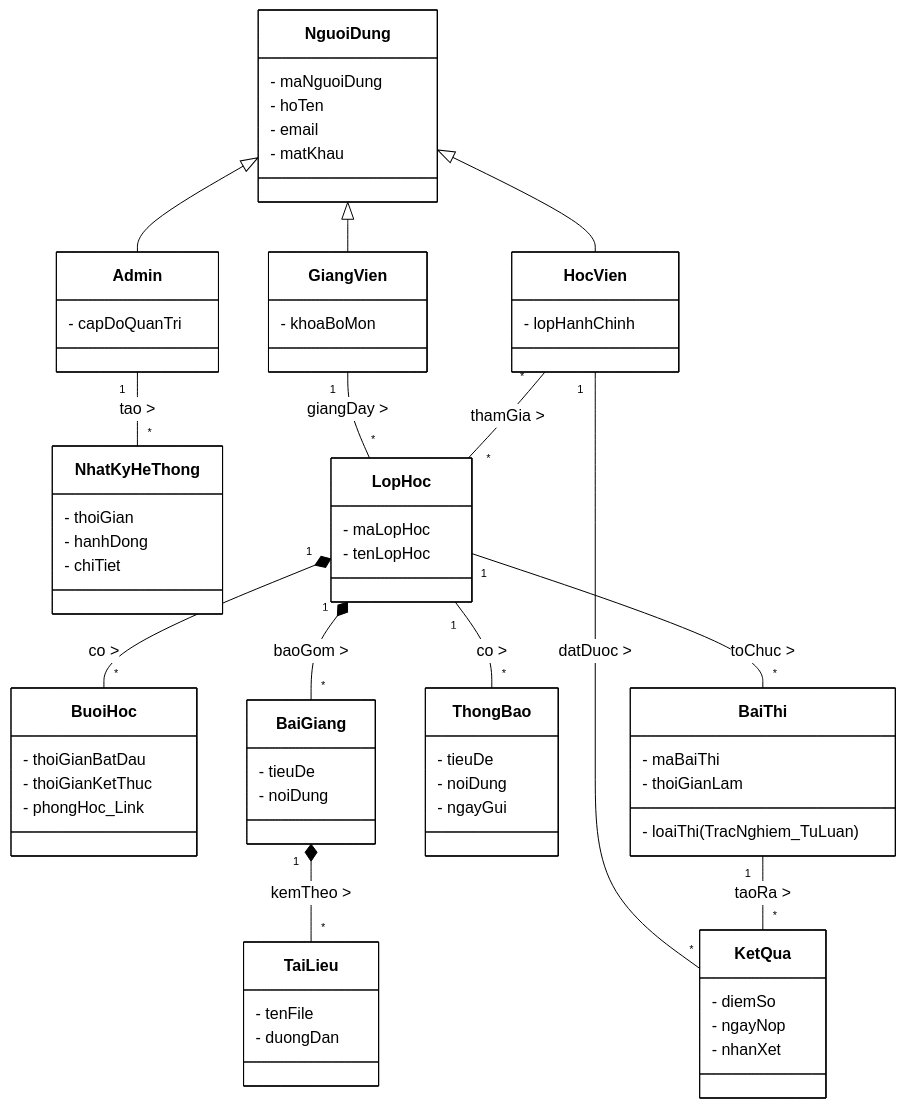
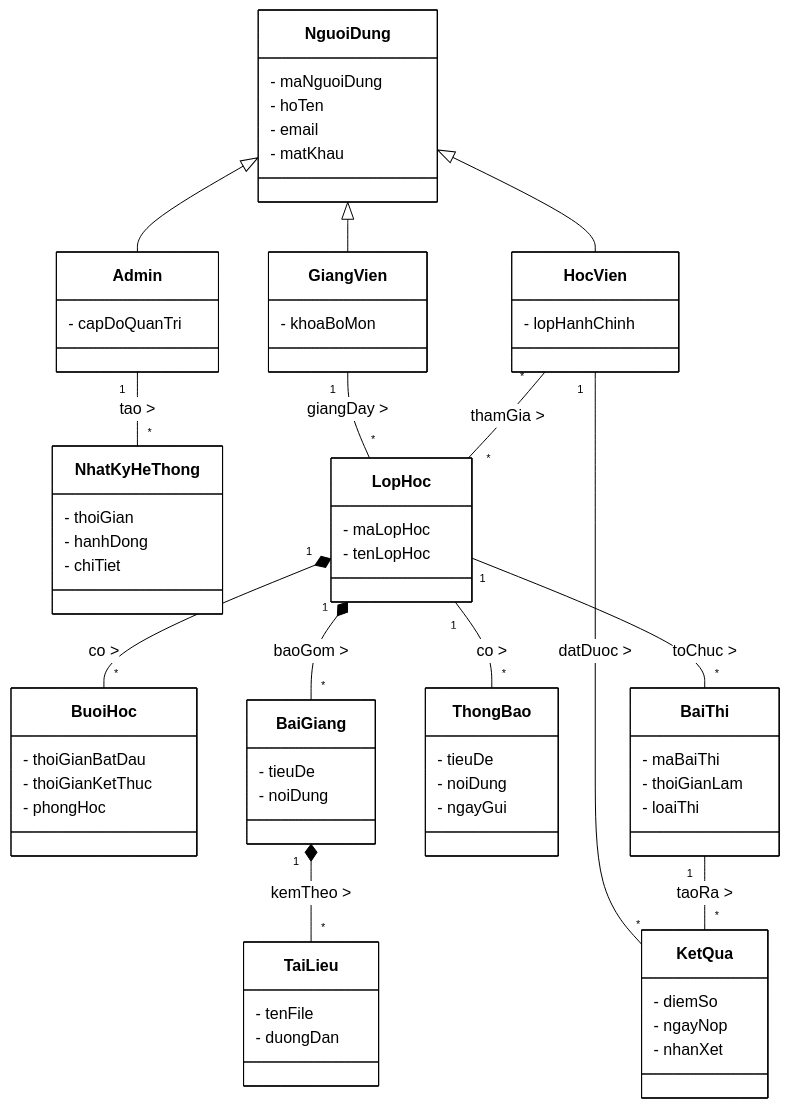
One commit to NguyenViet-281205/PTTKHT changed the diagram in MohinhMien.md. Above: the diagram before and after it, drawn with Mermaid.

````diff
--- a/MohinhMien.md
+++ b/MohinhMien.md
@@ -1,81 +1,81 @@
 ```mermaid
 %%{init: { 'theme': 'base', 'themeVariables': { 'primaryColor': '#ffffff', 'primaryBorderColor': '#000000', 'lineColor': '#000000', 'textColor': '#000000', 'actorBkg': '#ffffff', 'actorBorder': '#000000', 'actorLineColor': '#cccccc', 'signalColor': '#000000', 'signalTextColor': '#000000', 'activationBorderColor': '#000000', 'activationBkgColor': '#e0e0e0', 'noteBkgColor': '#ffffff', 'noteBorderColor': '#000000' } } }%%
 classDiagram
-    %% --- NHÓM NGƯỜI DÙNG (Use Case: Đăng nhập, Quản lý hệ thống) ---
+    %% --- NHÓM NGƯỜI DÙNG ---
     class NguoiDung {
         - maNguoiDung
         - hoTen
         - email
         - matKhau
     }
     class HocVien {
         - lopHanhChinh
     }
     class GiangVien {
         - khoaBoMon
     }
     class Admin {
         - capDoQuanTri
     }
     class NhatKyHeThong {
         - thoiGian
         - hanhDong
         - chiTiet
     }
 
-    %% --- NHÓM ĐÀO TẠO (Use Case: Xem bài giảng, Quản lý lớp học, Thời khóa biểu) ---
+    %% --- NHÓM TỔ CHỨC ĐÀO TẠO ---
     class LopHoc {
         - maLopHoc
         - tenLopHoc
     }
     class BuoiHoc {
         - thoiGianBatDau
         - thoiGianKetThuc
-        - phongHoc_Link
+        - phongHoc
     }
     class BaiGiang {
         - tieuDe
         - noiDung
     }
     class TaiLieu {
         - tenFile
         - duongDan
     }
     class ThongBao {
         - tieuDe
         - noiDung
         - ngayGui
     }
 
-    %% --- NHÓM ĐÁNH GIÁ (Use Case: Thi, Quản lý tiến độ) ---
+    %% --- NHÓM ĐÁNH GIÁ & THI CỬ ---
     class BaiThi {
         - maBaiThi
         - thoiGianLam
-        - loaiThi (TracNghiem_TuLuan)
+        - loaiThi
     }
     class KetQua {
         - diemSo
         - ngayNop
         - nhanXet
     }
 
-    %% --- QUAN HỆ ---
+    %% --- CÁC MỐI QUAN HỆ ---
     NguoiDung <|-- HocVien
     NguoiDung <|-- GiangVien
     NguoiDung <|-- Admin
     
     Admin "1" -- "*" NhatKyHeThong : tao >
 
     GiangVien "1" -- "*" LopHoc : giangDay >
     HocVien "*" -- "*" LopHoc : thamGia >
     
     LopHoc "1" *-- "*" BuoiHoc : co >
     LopHoc "1" *-- "*" BaiGiang : baoGom >
     LopHoc "1" -- "*" BaiThi : toChuc >
     LopHoc "1" -- "*" ThongBao : co >
 
     BaiGiang "1" *-- "*" TaiLieu : kemTheo >
     
     HocVien "1" -- "*" KetQua : datDuoc >
     BaiThi "1" -- "*" KetQua : taoRa >
 ```
````
